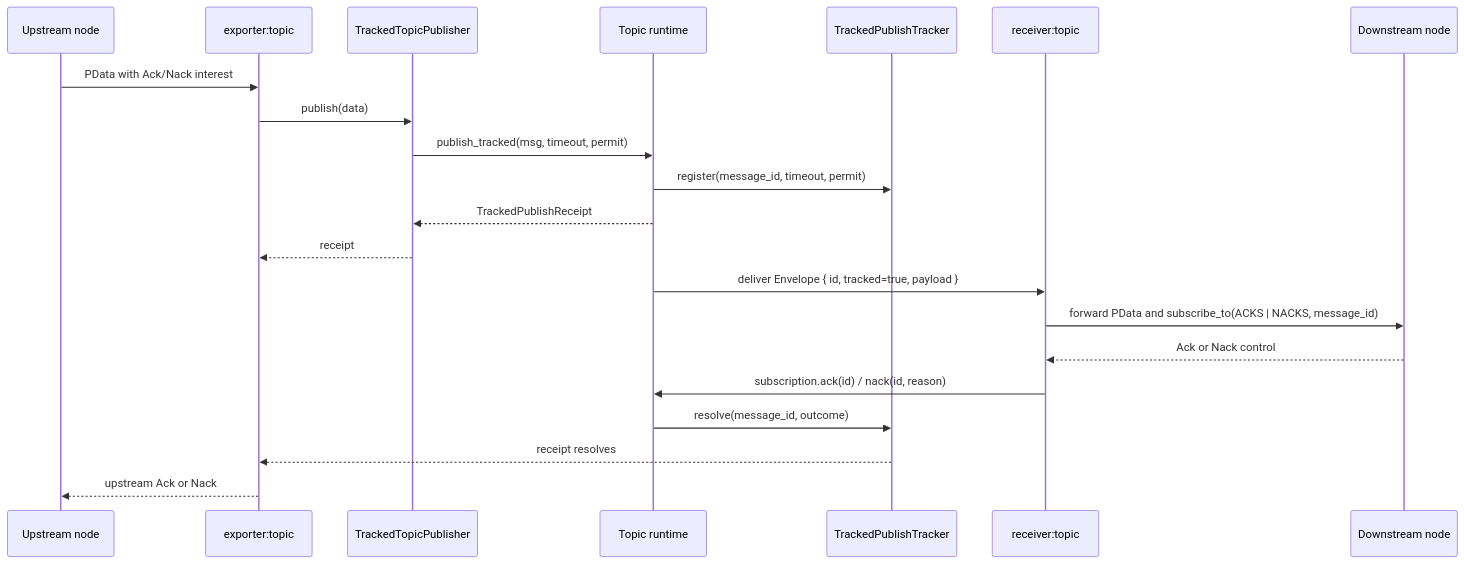
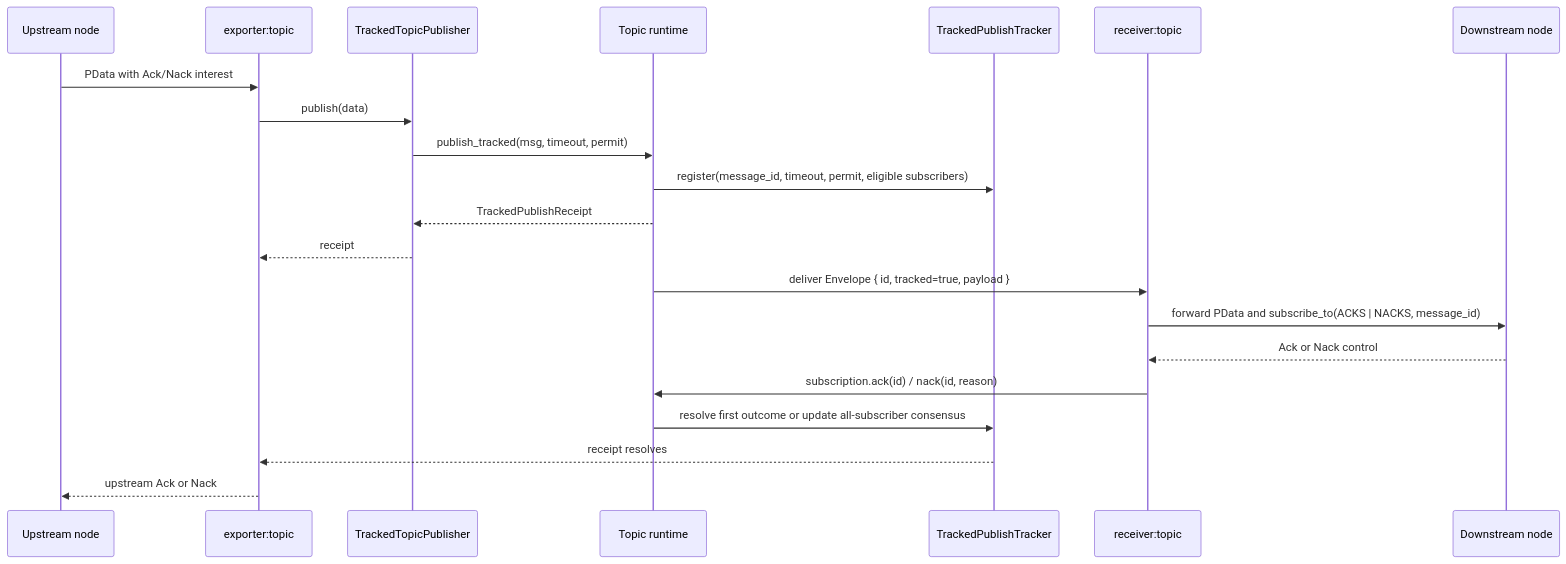
The fourth of 5 diagrams in rust/otap-dataflow/docs/topic-architecture.md (open-telemetry/otel-arrow), drawn with Mermaid before and after one commit. The commit also changed other lines of this file and 10 other files, not shown here.

````diff
--- a/rust/otap-dataflow/docs/topic-architecture.md
+++ b/rust/otap-dataflow/docs/topic-architecture.md
@@ -146,24 +146,24 @@
 ```mermaid
 sequenceDiagram
     participant U as Upstream node
     participant TE as exporter:topic
     participant TP as TrackedTopicPublisher
     participant TT as Topic runtime
     participant TR as TrackedPublishTracker
     participant RR as receiver:topic
     participant D as Downstream node
 
     U->>TE: PData with Ack/Nack interest
     TE->>TP: publish(data)
     TP->>TT: publish_tracked(msg, timeout, permit)
-    TT->>TR: register(message_id, timeout, permit)
+    TT->>TR: register(message_id, timeout, permit, eligible subscribers)
     TT-->>TP: TrackedPublishReceipt
     TP-->>TE: receipt
     TT->>RR: deliver Envelope { id, tracked=true, payload }
     RR->>D: forward PData and subscribe_to(ACKS | NACKS, message_id)
     D-->>RR: Ack or Nack control
     RR->>TT: subscription.ack(id) / nack(id, reason)
-    TT->>TR: resolve(message_id, outcome)
+    TT->>TR: resolve first outcome or update all-subscriber consensus
     TR-->>TE: receipt resolves
     TE-->>U: upstream Ack or Nack
 ```
````
